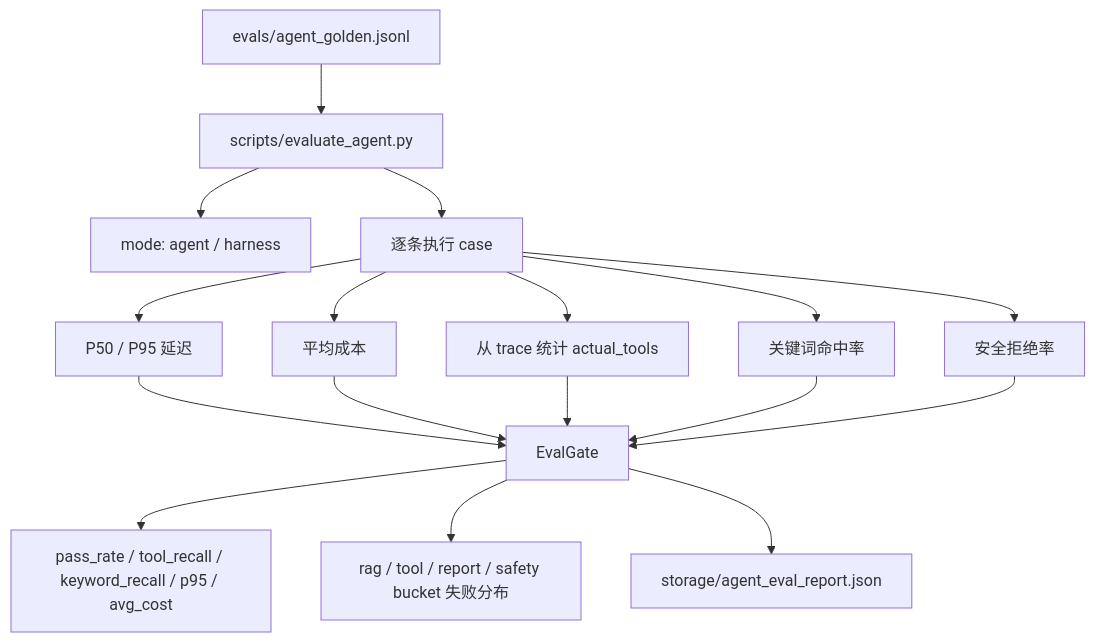
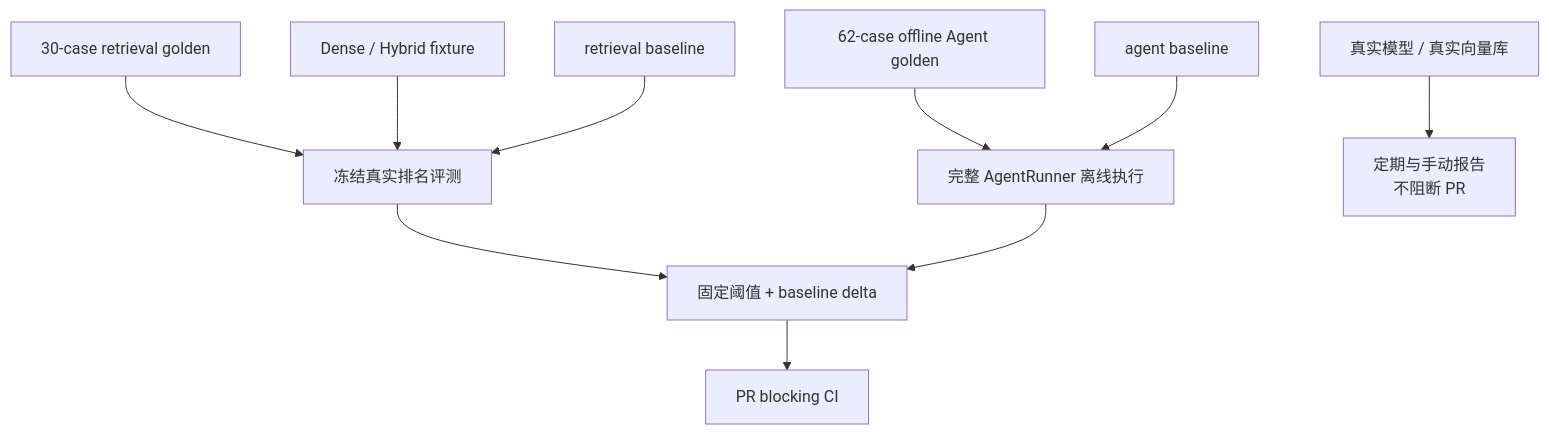
Before and after one commit to sleeping-Zack/agentproject: diagram 16 of 20 in README.md, drawn with Mermaid. The commit also changed other lines of this file and 8 other files, not shown here.

````diff
--- a/README.md
+++ b/README.md
@@ -680,21 +686,14 @@
 ```mermaid
 flowchart TB
-    Golden["evals/agent_golden.jsonl"] --> Eval["scripts/evaluate_agent.py"]
-    Eval --> Mode["mode: agent / harness"]
-    Eval --> RunCases["逐条执行 case"]
-    RunCases --> TraceTools["从 trace 统计 actual_tools"]
-    RunCases --> Keywords["关键词命中率"]
-    RunCases --> Reject["安全拒绝率"]
-    RunCases --> Latency["P50 / P95 延迟"]
-    RunCases --> Cost["平均成本"]
+    RetrievalGolden["30-case retrieval golden"] --> RetrievalEval["冻结真实排名评测"]
+    RetrievalFixture["Dense / Hybrid fixture"] --> RetrievalEval
+    RetrievalBaseline["retrieval baseline"] --> RetrievalEval
 
-    Latency --> Gate["EvalGate"]
-    Cost --> Gate
-    TraceTools --> Gate
-    Keywords --> Gate
-    Reject --> Gate
+    AgentGolden["62-case offline Agent golden"] --> AgentEval["完整 AgentRunner 离线执行"]
+    AgentBaseline["agent baseline"] --> AgentEval
 
-    Gate --> Thresholds["pass_rate / tool_recall / keyword_recall / p95 / avg_cost"]
-    Gate --> Breakdown["rag / tool / report / safety bucket 失败分布"]
-    Gate --> Report["storage/agent_eval_report.json"]
+    RetrievalEval --> Gate["固定阈值 + baseline delta"]
+    AgentEval --> Gate
+    Gate --> CI["PR blocking CI"]
+    Online["真实模型 / 真实向量库"] --> Scheduled["定期与手动报告\n不阻断 PR"]
 ```
````
